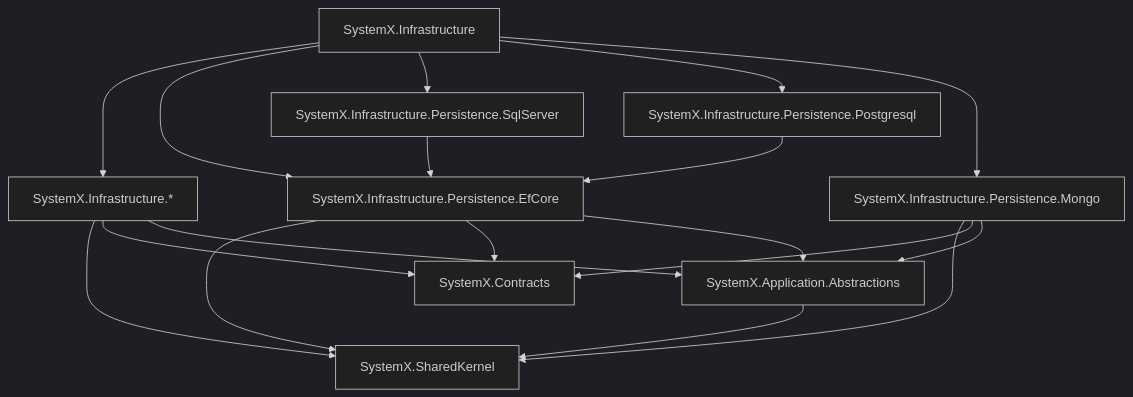
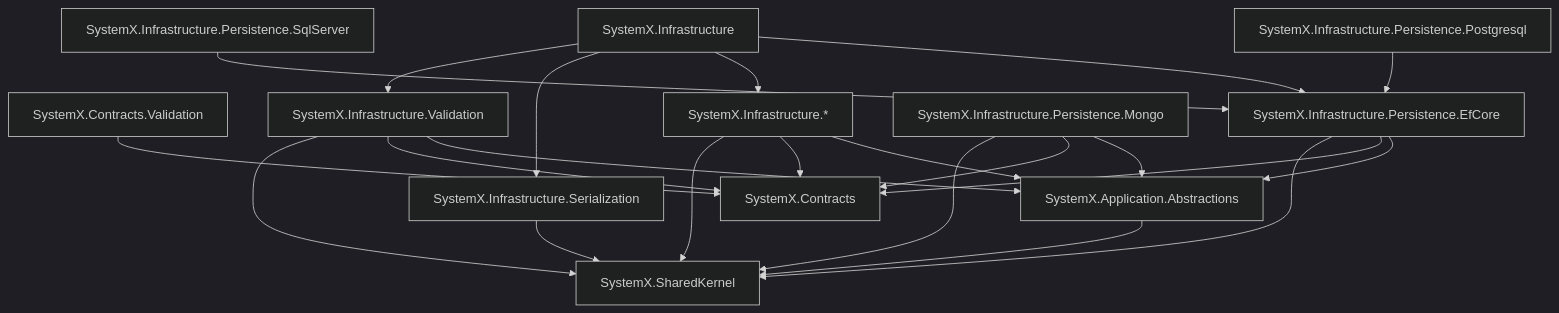
Before and after one commit to Hos3ein3/SystemX.Nuget: the diagram in README.md, drawn with Mermaid (dark theme). The commit also changed other lines of this file and 220 other files, not shown here.

````diff
--- a/README.md
+++ b/README.md
@@ -34,27 +37,32 @@
 ```mermaid
 flowchart TD
-    SK[SystemX.SharedKernel]
-    C[SystemX.Contracts]
-    AA[SystemX.Application.Abstractions] --> SK
+    SK["SystemX.SharedKernel"]
+    C["SystemX.Contracts"]
+    AA["SystemX.Application.Abstractions"] --> SK
     
-    InfraGeneral[SystemX.Infrastructure.*]
-    InfraGeneral --> SK
+    CV["SystemX.Contracts.Validation"] --> C
+    
+    InfraSerial["SystemX.Infrastructure.Serialization"] --> SK
+    InfraValid["SystemX.Infrastructure.Validation"] --> SK
+    InfraValid --> C
+    InfraValid --> AA
+    
+    InfraGeneral["SystemX.Infrastructure.*"] --> SK
     InfraGeneral --> C
     InfraGeneral --> AA
     
-    EfCore[SystemX.Infrastructure.Persistence.EfCore] --> SK
+    EfCore["SystemX.Infrastructure.Persistence.EfCore"] --> SK
     EfCore --> C
     EfCore --> AA
 
-    SqlServer[SystemX.Infrastructure.Persistence.SqlServer] --> EfCore
-    Postgresql[SystemX.Infrastructure.Persistence.Postgresql] --> EfCore
-    Mongo[SystemX.Infrastructure.Persistence.Mongo] --> SK
+    SqlServer["SystemX.Infrastructure.Persistence.SqlServer"] --> EfCore
+    Postgresql["SystemX.Infrastructure.Persistence.Postgresql"] --> EfCore
+    Mongo["SystemX.Infrastructure.Persistence.Mongo"] --> SK
     Mongo --> C
     Mongo --> AA
 
-    Meta[SystemX.Infrastructure] --> InfraGeneral
+    Meta["SystemX.Infrastructure"] --> InfraValid
+    Meta --> InfraSerial
+    Meta --> InfraGeneral
     Meta --> EfCore
-    Meta --> SqlServer
-    Meta --> Postgresql
-    Meta --> Mongo
 ```
````
